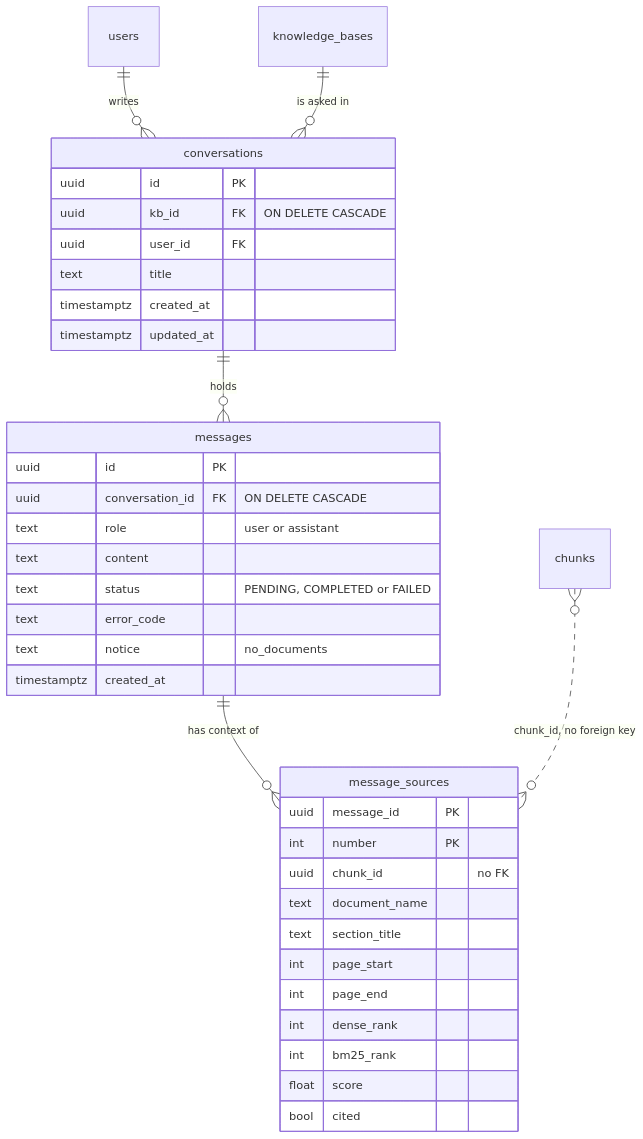
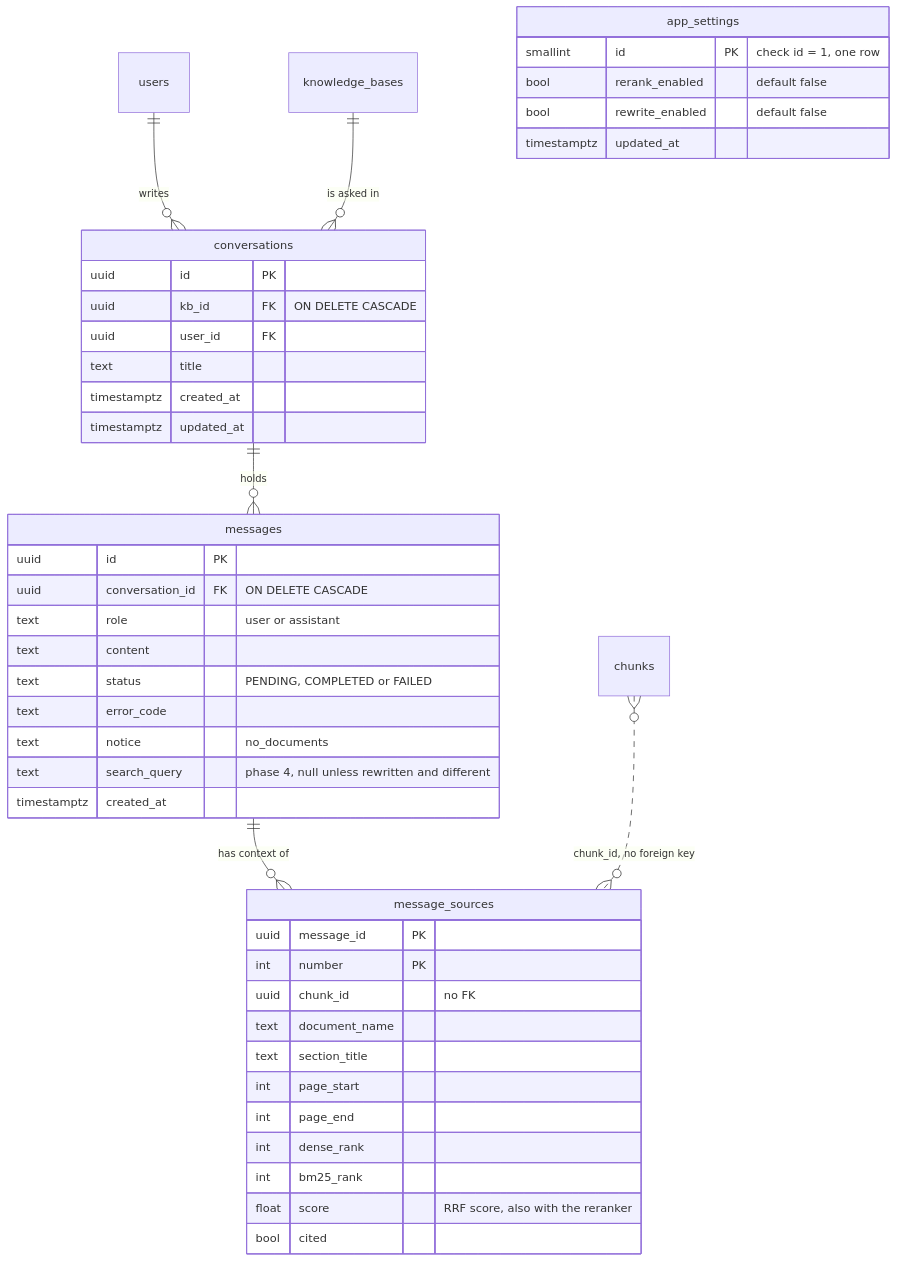
Before and after one commit to jumping2000/advancedRAG: the fifth of 5 diagrams in docs/system/chat.md, drawn with Mermaid. The commit also changed other lines of this file and 2 other files, not shown here.

First line of the commit message:
T-05: close phase 4 in docs/system (chat.md diagrams redrawn, Ricerca, known limits; the Settings page in fondazioni.md); spec implemented

````diff
--- a/docs/system/chat.md
+++ b/docs/system/chat.md
@@ -412,39 +460,46 @@
 ```mermaid
 erDiagram
     users ||--o{ conversations : writes
     knowledge_bases ||--o{ conversations : "is asked in"
     conversations ||--o{ messages : holds
     messages ||--o{ message_sources : "has context of"
     chunks }o..o{ message_sources : "chunk_id, no foreign key"
     conversations {
         uuid id PK
         uuid kb_id FK "ON DELETE CASCADE"
         uuid user_id FK
         text title
         timestamptz created_at
         timestamptz updated_at
     }
     messages {
         uuid id PK
         uuid conversation_id FK "ON DELETE CASCADE"
         text role "user or assistant"
         text content
         text status "PENDING, COMPLETED or FAILED"
         text error_code
         text notice "no_documents"
+        text search_query "phase 4, null unless rewritten and different"
         timestamptz created_at
     }
     message_sources {
         uuid message_id PK
         int number PK
         uuid chunk_id "no FK"
         text document_name
         text section_title
         int page_start
         int page_end
         int dense_rank
         int bm25_rank
-        float score
+        float score "RRF score, also with the reranker"
         bool cited
     }
+    app_settings {
+        smallint id PK "check id = 1, one row"
+        bool rerank_enabled "default false"
+        bool rewrite_enabled "default false"
+        timestamptz updated_at
+    }
 ```
````
